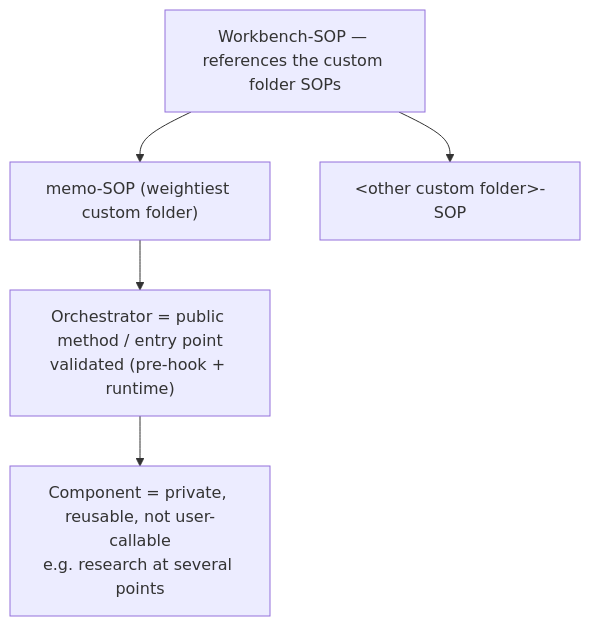
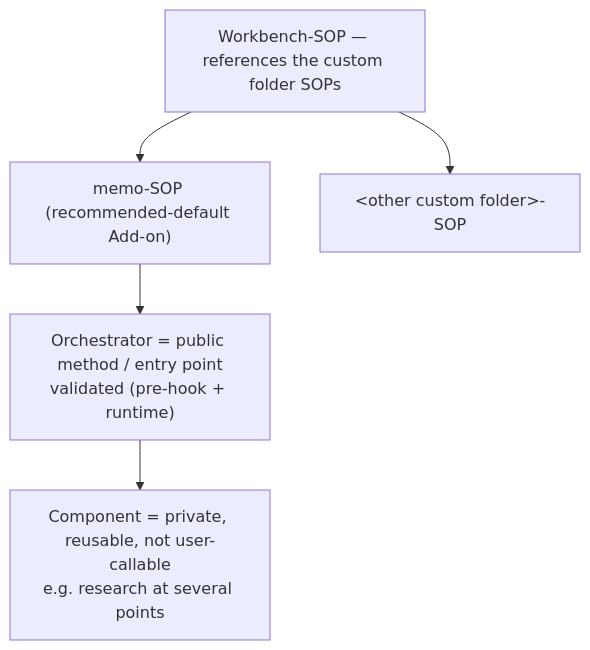
The diagram in generated/docs-payload/workbench/24-skills-scope.md (Memo-Init/spec), drawn with Mermaid before and after one commit. The commit also changed other lines of this file and 98 other files, not shown here.

Commit message:
[MEMO] M050-05 folder-contract, OKF opt-in, add-on

````diff
--- a/generated/docs-payload/workbench/24-skills-scope.md
+++ b/generated/docs-payload/workbench/24-skills-scope.md
@@ -71,7 +71,7 @@
 ```mermaid
 flowchart TD
-    WSOP["Workbench-SOP — references the custom folder SOPs"] --> MSOP["memo-SOP (weightiest custom folder)"]
+    WSOP["Workbench-SOP — references the custom folder SOPs"] --> MSOP["memo-SOP (recommended-default Add-on)"]
     WSOP --> FSOP["&lt;other custom folder&gt;-SOP"]
     MSOP --> ORCH["Orchestrator = public method / entry point<br/>validated (pre-hook + runtime)"]
     ORCH --> COMP["Component = private, reusable, not user-callable<br/>e.g. research at several points"]
 ```
````
